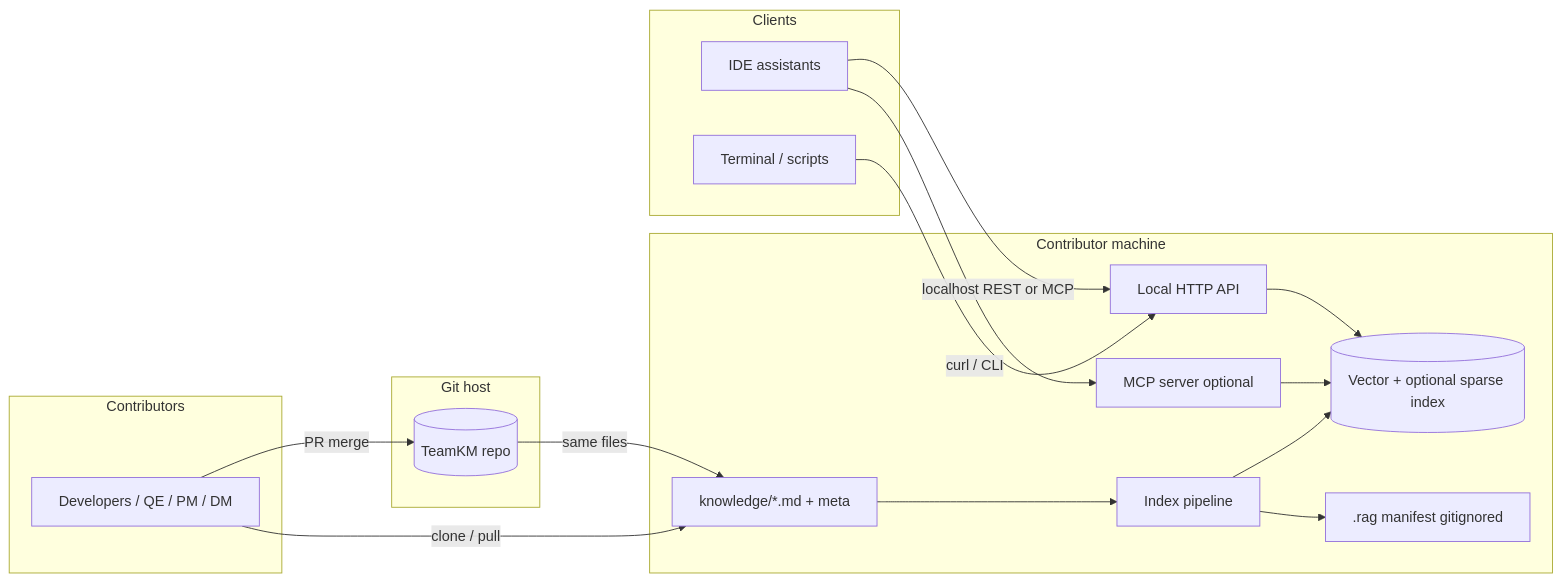
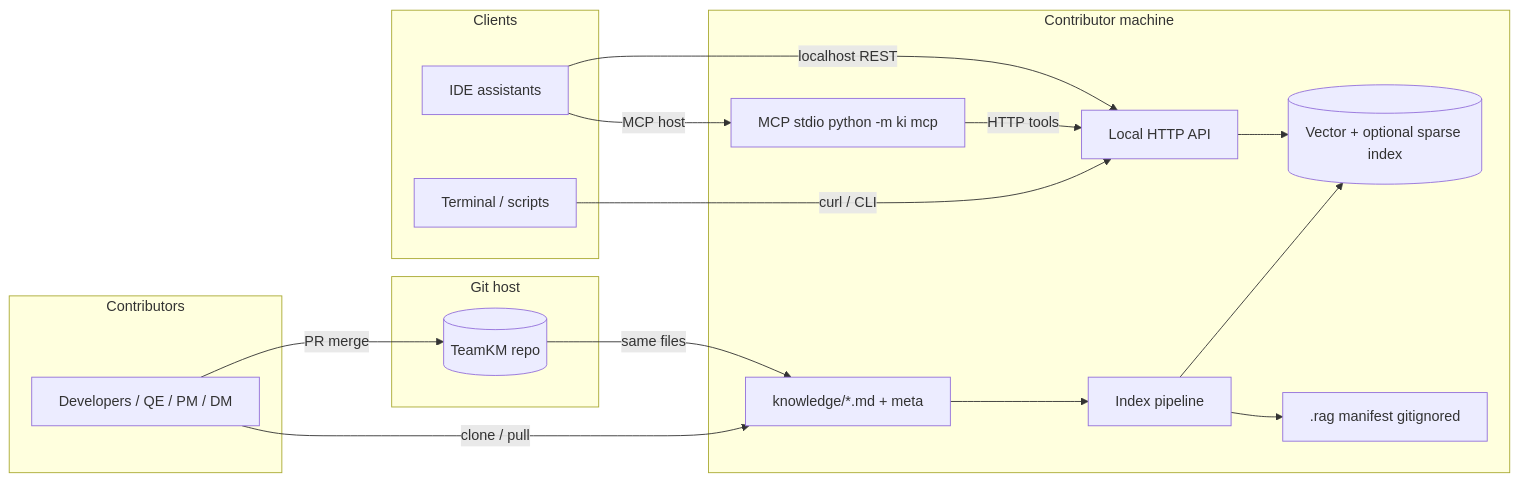
The first of 3 diagrams in docs/ARCHITECTURE.md (gyaneshgithub/TeamKM), drawn with Mermaid before and after one commit. The commit also changed other lines of this file and 15 other files, not shown here.

First line of the commit message:
feat: add MCP stdio server and OpenAPI JSON for agent hosts

````diff
--- a/docs/ARCHITECTURE.md
+++ b/docs/ARCHITECTURE.md
@@ -27,36 +27,36 @@
 ```mermaid
 flowchart LR
   subgraph contributors [Contributors]
     Dev[Developers / QE / PM / DM]
   end
 
   subgraph git_host [Git host]
     Repo[(TeamKM repo)]
   end
 
   subgraph local [Contributor machine]
     Corpus[knowledge/*.md + meta]
     Pipeline[Index pipeline]
     Store[(Vector + optional sparse index)]
     API[Local HTTP API]
-    MCP[MCP server optional]
+    MCP[MCP stdio python -m ki mcp]
     Manifest[.rag manifest gitignored]
   end
 
   subgraph clients [Clients]
     IDE[IDE assistants]
     Term[Terminal / scripts]
   end
 
   Dev -->|PR merge| Repo
   Dev -->|clone / pull| Corpus
   Corpus --> Pipeline
   Pipeline --> Store
   Pipeline --> Manifest
   API --> Store
-  MCP --> Store
-  IDE -->|localhost REST or MCP| API
-  IDE --> MCP
+  MCP -->|HTTP tools| API
+  IDE -->|localhost REST| API
+  IDE -->|MCP host| MCP
   Term -->|curl / CLI| API
   Repo -->|same files| Corpus
 ```
````
